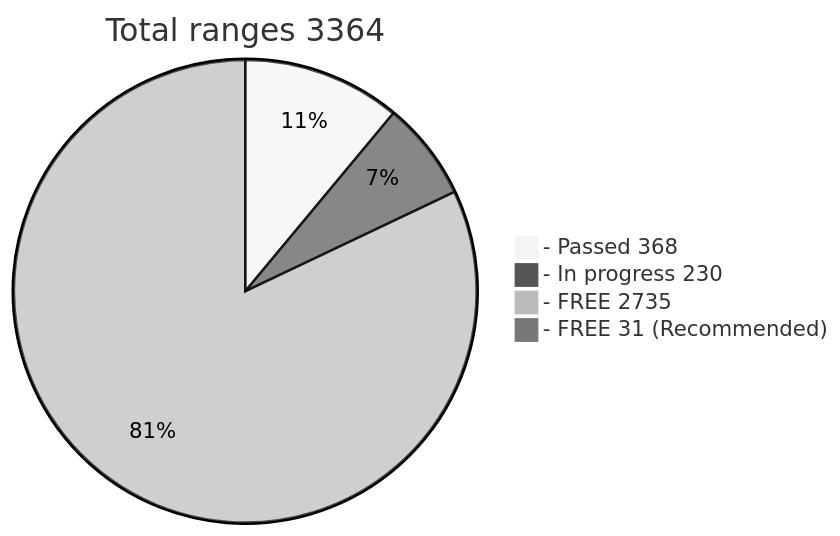
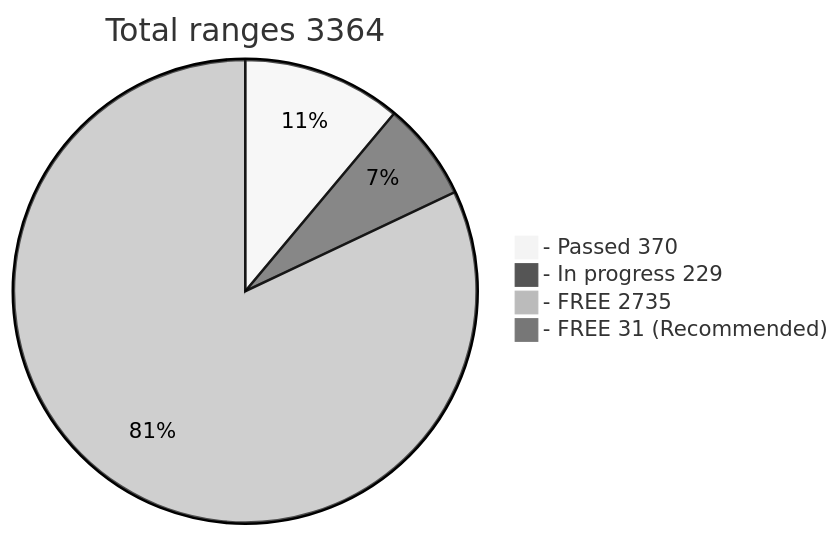
Before and after one commit to phrutis/wif500: the diagram in README.md, drawn with Mermaid (neutral theme).

````diff
--- a/README.md
+++ b/README.md
@@ -16,7 +16,7 @@
 ```mermaid
 pie title Total ranges 3364
-  "- Passed 368" : 368
-  "- In progress 230" : 230
+  "- Passed 370" : 370
+  "- In progress 229" : 229
   "- FREE 2735" : 2735
   "- FREE 31 (Recommended)" : 31
 ```
````
